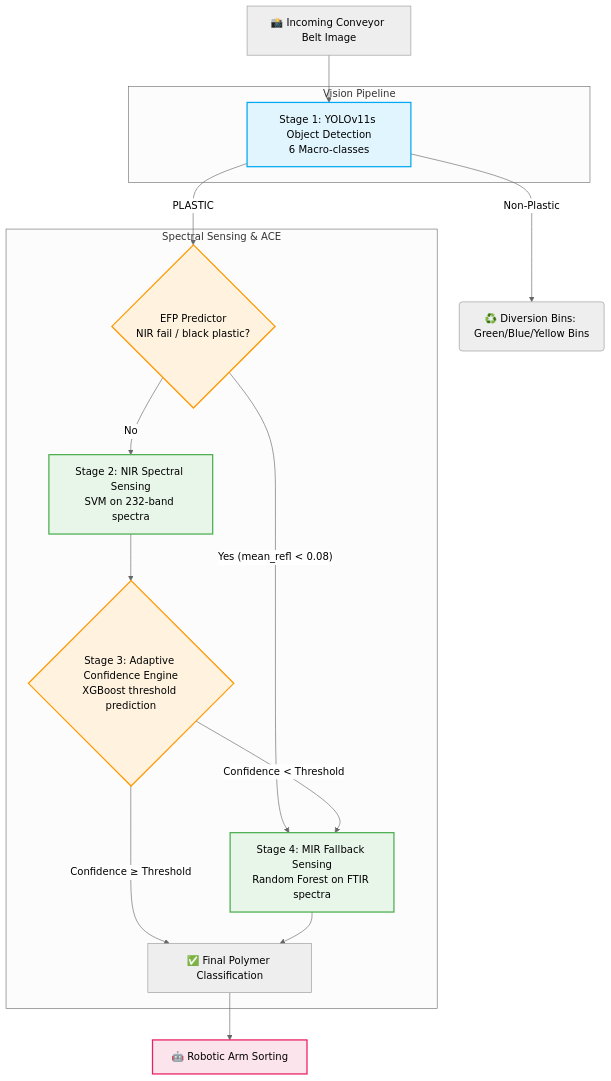
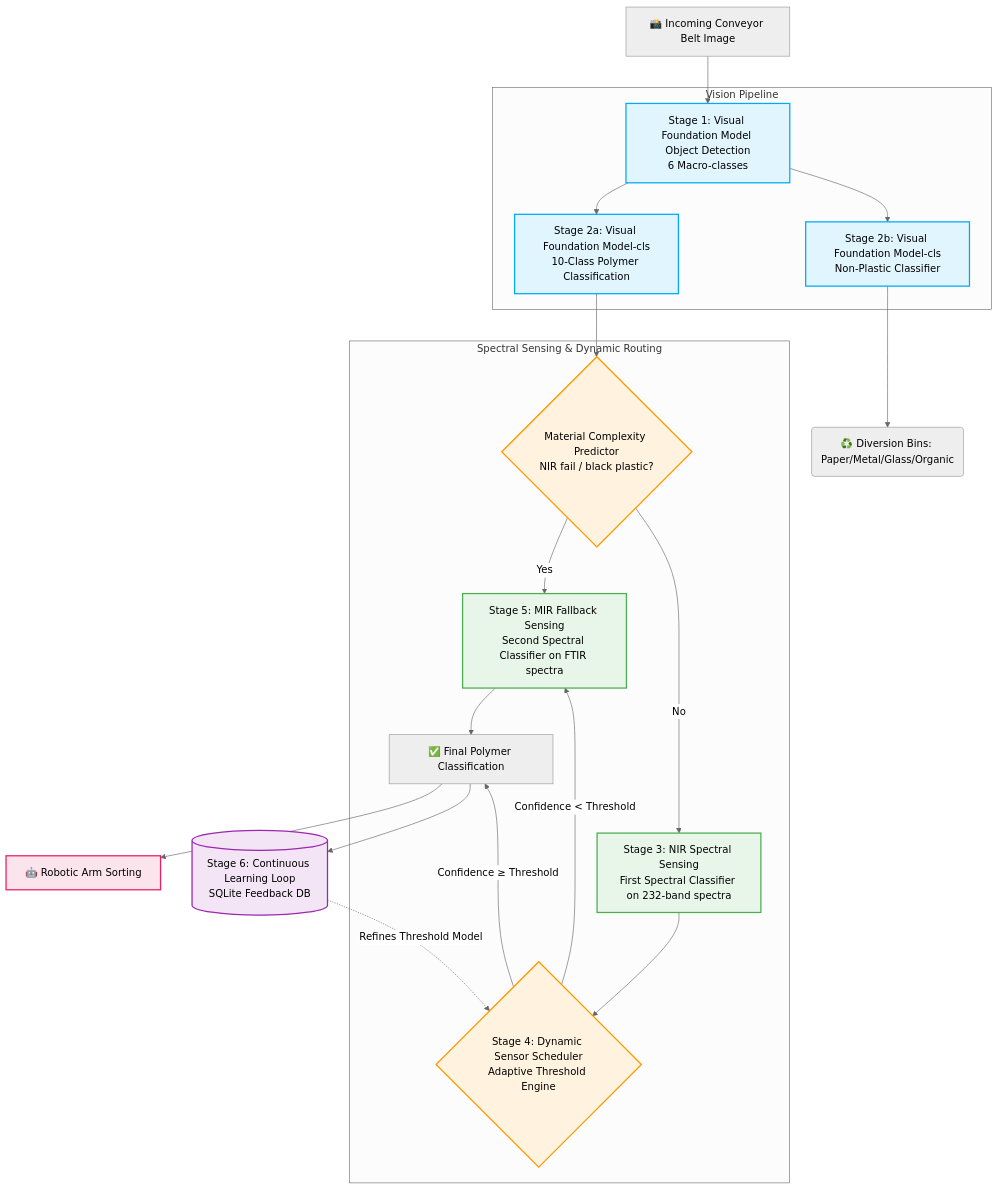
Before and after one commit to VyankateshDawale/Plastic-Segregation: the diagram in README.md, drawn with Mermaid (neutral theme). The commit also changed other lines of this file and 1 other file, not shown here.

Commit message:
docs: overhaul README with patent-optimized terminology, correct Mermaid architecture diagram, verified KPIs, and clean project structure

````diff
--- a/README.md
+++ b/README.md
@@ -27,37 +34,46 @@
 ```mermaid
 graph TD
     %% Define Styles
     classDef vision fill:#e1f5fe,stroke:#03a9f4,stroke-width:2px;
     classDef spectral fill:#e8f5e9,stroke:#4caf50,stroke-width:2px;
     classDef decision fill:#fff3e0,stroke:#ff9800,stroke-width:2px;
     classDef action fill:#fce4ec,stroke:#e91e63,stroke-width:2px;
     classDef db fill:#f3e5f5,stroke:#9c27b0,stroke-width:2px;
 
     %% Nodes
     In[📸 Incoming Conveyor Belt Image] --> S1
     
     subgraph Vision Pipeline
-        S1[Stage 1: YOLOv11s Object Detection<br/>6 Macro-classes]:::vision
+        S1[Stage 1: Visual Foundation Model Object Detection<br/>6 Macro-classes]:::vision
+        S1 --> S2a
+        S1 --> S2b
+        S2a[Stage 2a: Visual Foundation Model-cls<br/>10-Class Polymer Classification]:::vision
+        S2b[Stage 2b: Visual Foundation Model-cls<br/>Non-Plastic Classifier]:::vision
     end
 
-    S1 -- "Non-Plastic" --> B1(♻️ Diversion Bins: Green/Blue/Yellow Bins)
-    S1 -- "PLASTIC" --> EFP
+    S2b --> B1(♻️ Diversion Bins: Paper/Metal/Glass/Organic)
 
-    subgraph Spectral Sensing & ACE
-        EFP{EFP Predictor<br/>NIR fail / black plastic?}:::decision
-        EFP -- "Yes (mean_refl < 0.08)" --> S5
+    S2a --> EFP
+    
+    subgraph Spectral Sensing & Dynamic Routing
+        EFP{Material Complexity Predictor<br/>NIR fail / black plastic?}:::decision
+        EFP -- "Yes" --> S5
         EFP -- "No" --> S3
         
-        S3[Stage 2: NIR Spectral Sensing<br/>SVM on 232-band spectra]:::spectral
-        S3 --> ACE
+        S3[Stage 3: NIR Spectral Sensing<br/>First Spectral Classifier on 232-band spectra]:::spectral
+        S3 --> DSS
         
-        ACE{Stage 3: Adaptive Confidence Engine<br/>XGBoost threshold prediction}:::decision
-        ACE -- "Confidence ≥ Threshold" --> Out[✅ Final Polymer Classification]
-        ACE -- "Confidence < Threshold" --> S5
+        DSS{Stage 4: Dynamic Sensor Scheduler<br/>Adaptive Threshold Engine}:::decision
+        DSS -- "Confidence ≥ Threshold" --> Out[✅ Final Polymer Classification]
+        DSS -- "Confidence < Threshold" --> S5
         
-        S5[Stage 4: MIR Fallback Sensing<br/>Random Forest on FTIR spectra]:::spectral
+        S5[Stage 5: MIR Fallback Sensing<br/>Second Spectral Classifier on FTIR spectra]:::spectral
         S5 --> Out
     end
     
     Out --> Arm[🤖 Robotic Arm Sorting]:::action
+    
+    Out --> FB
+    FB[(Stage 6: Continuous Learning Loop<br/>SQLite Feedback DB)]:::db
+    FB -. "Refines Threshold Model" .-> DSS
 ```
````
